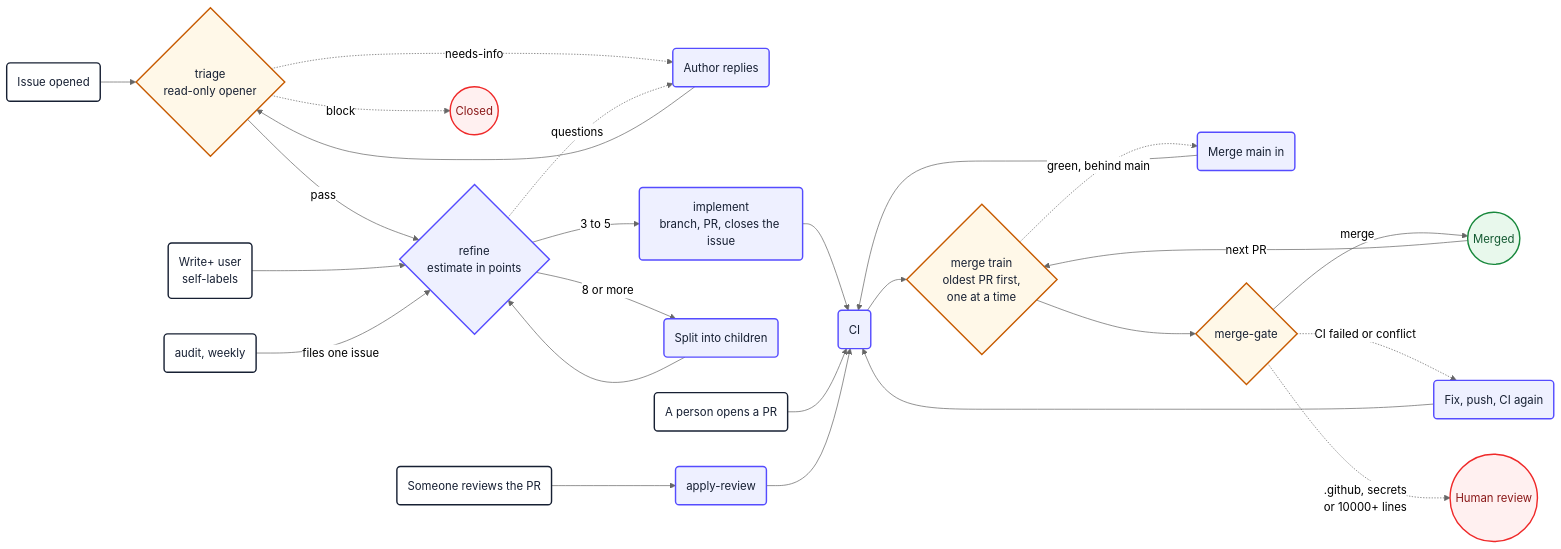
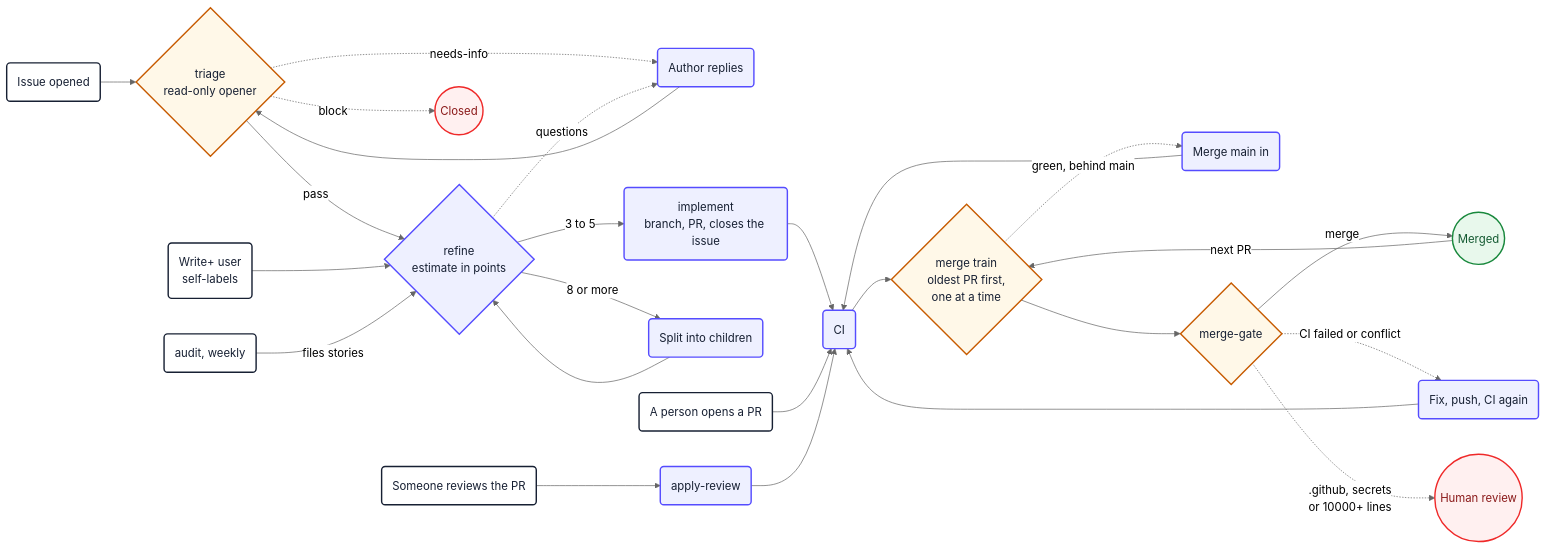
One commit to PlainConceptsPlatform/agentic-workflows changed the second of 16 diagrams in loops/docs/diagrams.md. Above: the diagram before and after it, drawn with Mermaid (neutral theme). The commit also changed other lines of this file and 17 other files, not shown here.

First line of the commit message:
fix(audit): file a tracking report plus stories under refine's size gate (1.12.1) (#490)

````diff
--- a/loops/docs/diagrams.md
+++ b/loops/docs/diagrams.md
@@ -83,33 +83,33 @@
 ```mermaid
 flowchart LR
     open("Issue opened") --> triage
     triage{"triage<br/>read-only opener"} -->|pass| refine
     triage -.->|block| closed(("Closed"))
     triage -.->|needs-info| author("Author replies") --> triage
     write("Write+ user<br/>self-labels") --> refine
     refine{"refine<br/>estimate in points"} -->|"3 to 5"| implement
     refine -->|"8 or more"| split("Split into children") --> refine
     refine -.->|questions| author
     implement("implement<br/>branch, PR, closes the issue") --> ci("CI")
     person("A person opens a PR") --> ci
     ci --> train{"merge train<br/>oldest PR first,<br/>one at a time"}
     train -.->|"green, behind main"| update("Merge main in") --> ci
     train --> gate{"merge-gate"}
     gate -->|merge| merged(("Merged"))
     merged -->|"next PR"| train
     gate -.->|"CI failed or conflict"| fix("Fix, push, CI again") --> ci
     gate -.->|".github, secrets<br/>or 10000+ lines"| human(("Human review"))
     review("Someone reviews the PR") --> applyReview("apply-review") --> ci
-    audit("audit, weekly") -->|"files one issue"| refine
+    audit("audit, weekly") -->|"files stories"| refine
 
     classDef action fill:#eef0ff,stroke:#554cff,stroke-width:2px,color:#172033
     classDef decision fill:#fff8e8,stroke:#c75b00,stroke-width:2px,color:#172033
     classDef failure fill:#fff0f0,stroke:#ef2929,stroke-width:2px,color:#8b1a1a
     classDef success fill:#e8f8ec,stroke:#18883c,stroke-width:2px,color:#145a32
     classDef start fill:#ffffff,stroke:#172033,stroke-width:2px,color:#172033
     class open,write,review,audit,person start
     class refine,split,implement,ci,fix,applyReview,author,update action
     class triage,gate,train decision
     class human,closed failure
     class merged success
 ```
````
